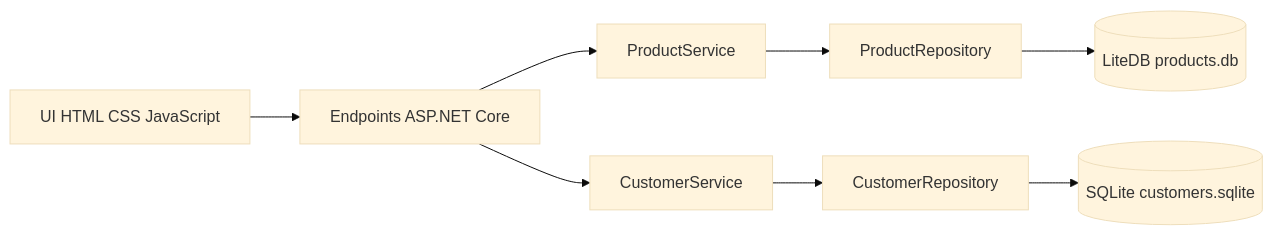
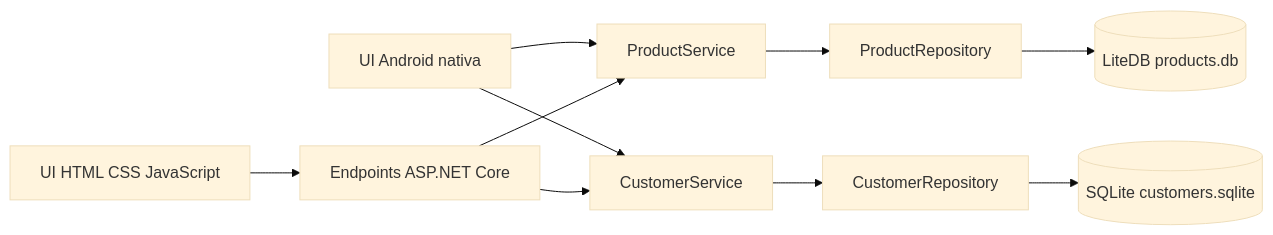
One commit to Gabriel427240/easyshop changed the diagram in README.md. Above: the diagram before and after it, drawn with Mermaid (base theme). The commit also changed other lines of this file and 42 other files, not shown here.

````diff
--- a/README.md
+++ b/README.md
@@ -28,10 +30,12 @@
 ```mermaid
 flowchart LR
  UI[UI HTML CSS JavaScript] --> API[Endpoints ASP.NET Core]
+ AND[UI Android nativa] --> PS
+ AND --> CS
  API --> PS[ProductService]
  API --> CS[CustomerService]
  PS --> PR[ProductRepository]
  CS --> CR[CustomerRepository]
  PR --> L[(LiteDB products.db)]
  CR --> S[(SQLite customers.sqlite)]
 ```
````
